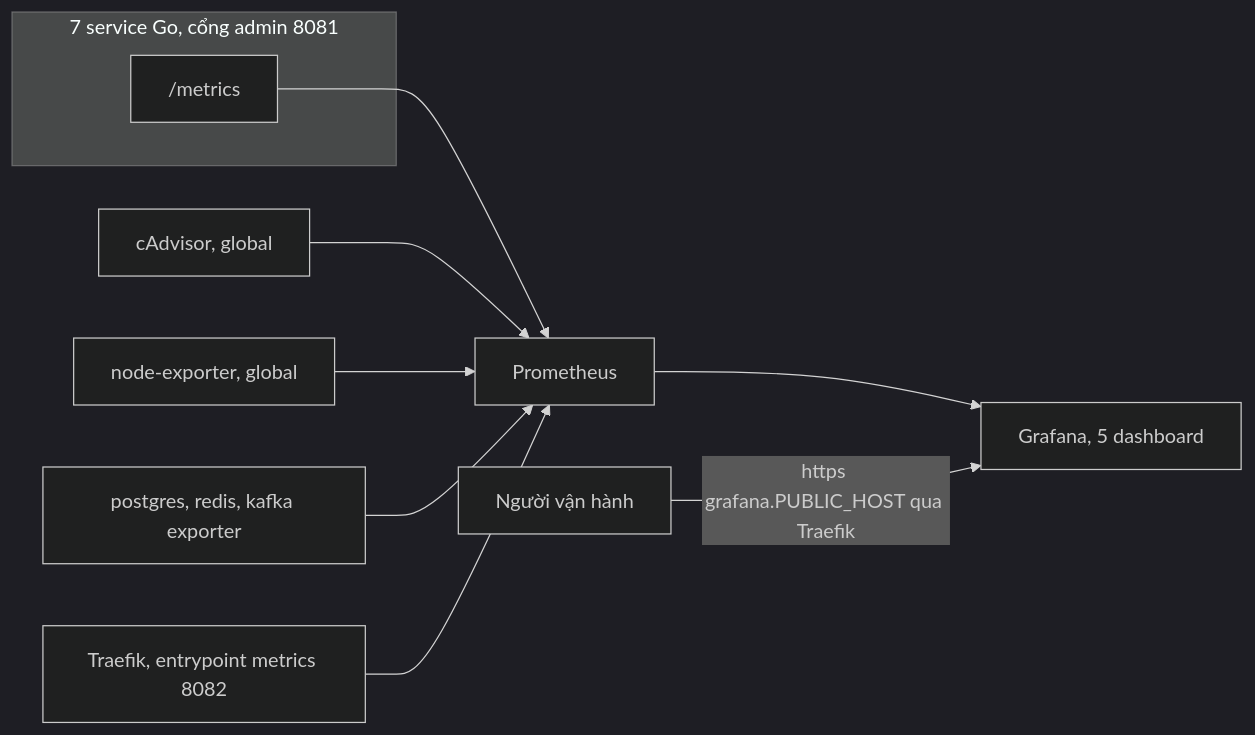
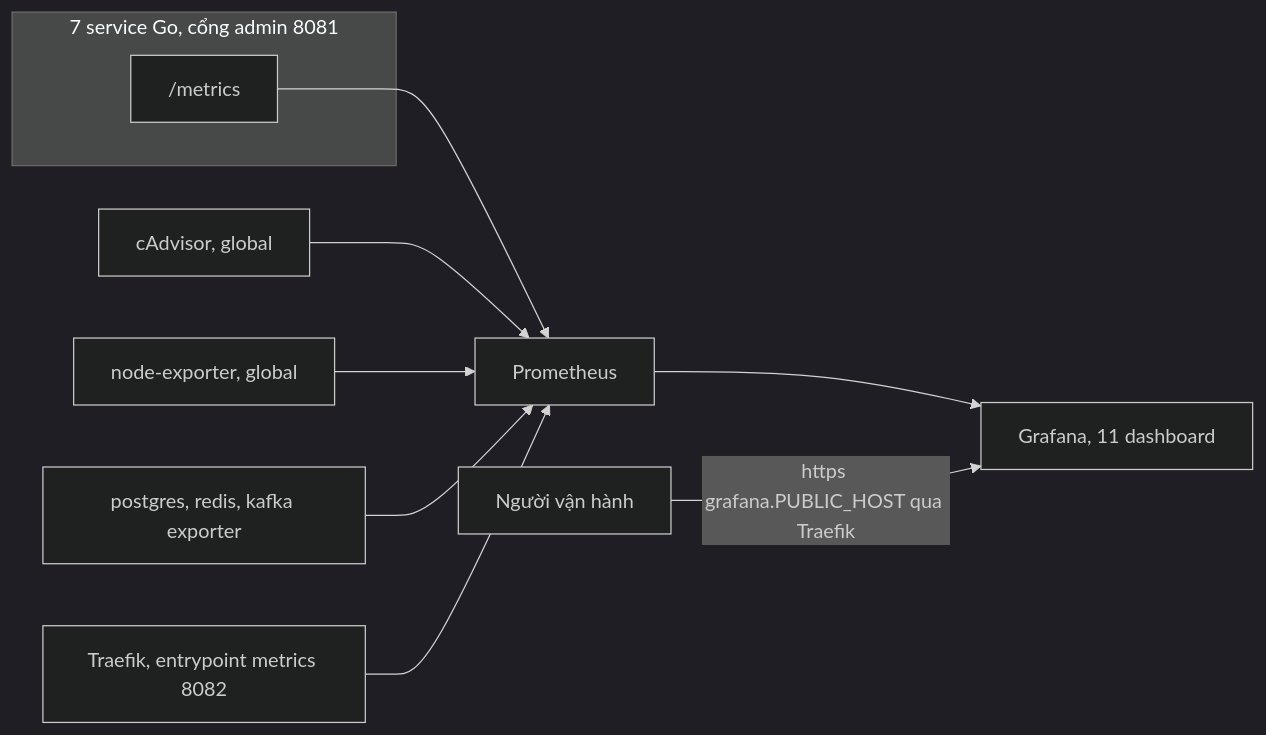
Before and after one commit to khoatran18/mini-marketplace: the third of 4 diagrams in docs/design/platform/05_ANALYTICS_MONITORING.md, drawn with Mermaid (dark theme). The commit also changed other lines of this file and 29 other files, not shown here.

````diff
--- a/docs/design/platform/05_ANALYTICS_MONITORING.md
+++ b/docs/design/platform/05_ANALYTICS_MONITORING.md
@@ -86,20 +86,20 @@
 ```mermaid
 flowchart LR
   subgraph APP["7 service Go, cổng admin 8081"]
     M1["/metrics"]
   end
   CA["cAdvisor, global"]
   NE["node-exporter, global"]
   EX["postgres, redis, kafka exporter"]
   TR["Traefik, entrypoint metrics 8082"]
   PR["Prometheus"]
-  GF["Grafana, 5 dashboard"]
+  GF["Grafana, 11 dashboard"]
   OPS["Người vận hành"]
   M1 --> PR
   CA --> PR
   NE --> PR
   EX --> PR
   TR --> PR
   PR --> GF
   OPS -->|"https grafana.PUBLIC_HOST qua Traefik"| GF
 ```
````
